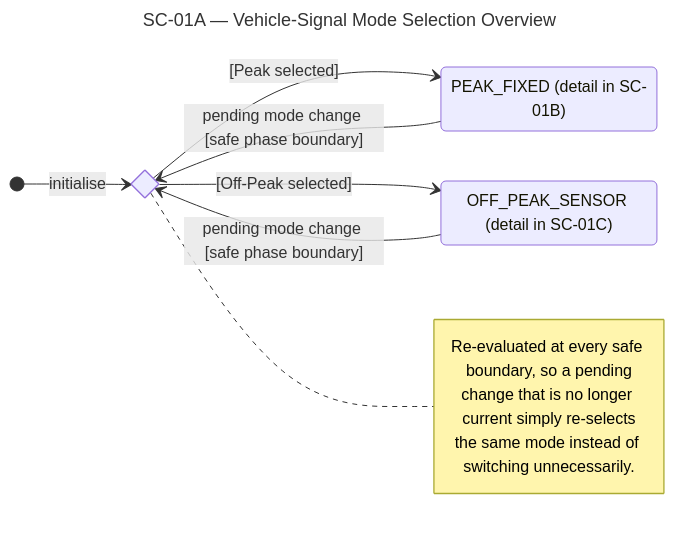
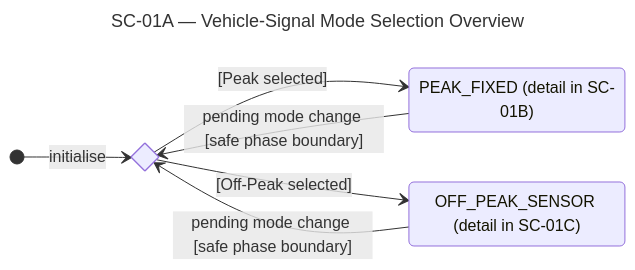
The first of 9 diagrams in STATE_CHARTS.md (lucietran03/traffic-control-system), drawn with Mermaid before and after one commit. The commit also changed other lines of this file and 1 other file, not shown here.

````diff
--- a/STATE_CHARTS.md
+++ b/STATE_CHARTS.md
@@ -11,26 +11,21 @@
 ```mermaid
 ---
 title: SC-01A — Vehicle-Signal Mode Selection Overview
 ---
 stateDiagram-v2
     accTitle: SC-01A Vehicle-Signal Mode Selection Overview
     accDescr: Top-level choice between PEAK_FIXED and OFF_PEAK_SENSOR for a generic intersection controller, applied only at a safe phase boundary.
     direction LR
 
     state mode_selection <<choice>>
     [*] --> mode_selection : initialise
     mode_selection --> PEAK_FIXED : [Peak selected]
     mode_selection --> OFF_PEAK_SENSOR : [Off-Peak selected]
 
     state "PEAK_FIXED (detail in SC-01B)" as PEAK_FIXED
     state "OFF_PEAK_SENSOR (detail in SC-01C)" as OFF_PEAK_SENSOR
 
     PEAK_FIXED --> mode_selection : pending mode change [safe phase boundary]
     OFF_PEAK_SENSOR --> mode_selection : pending mode change [safe phase boundary]
 
-    note right of mode_selection
-        Re-evaluated at every safe boundary, so a pending
-        change that is no longer current simply re-selects
-        the same mode instead of switching unnecessarily.
-    end note
 ```
````
